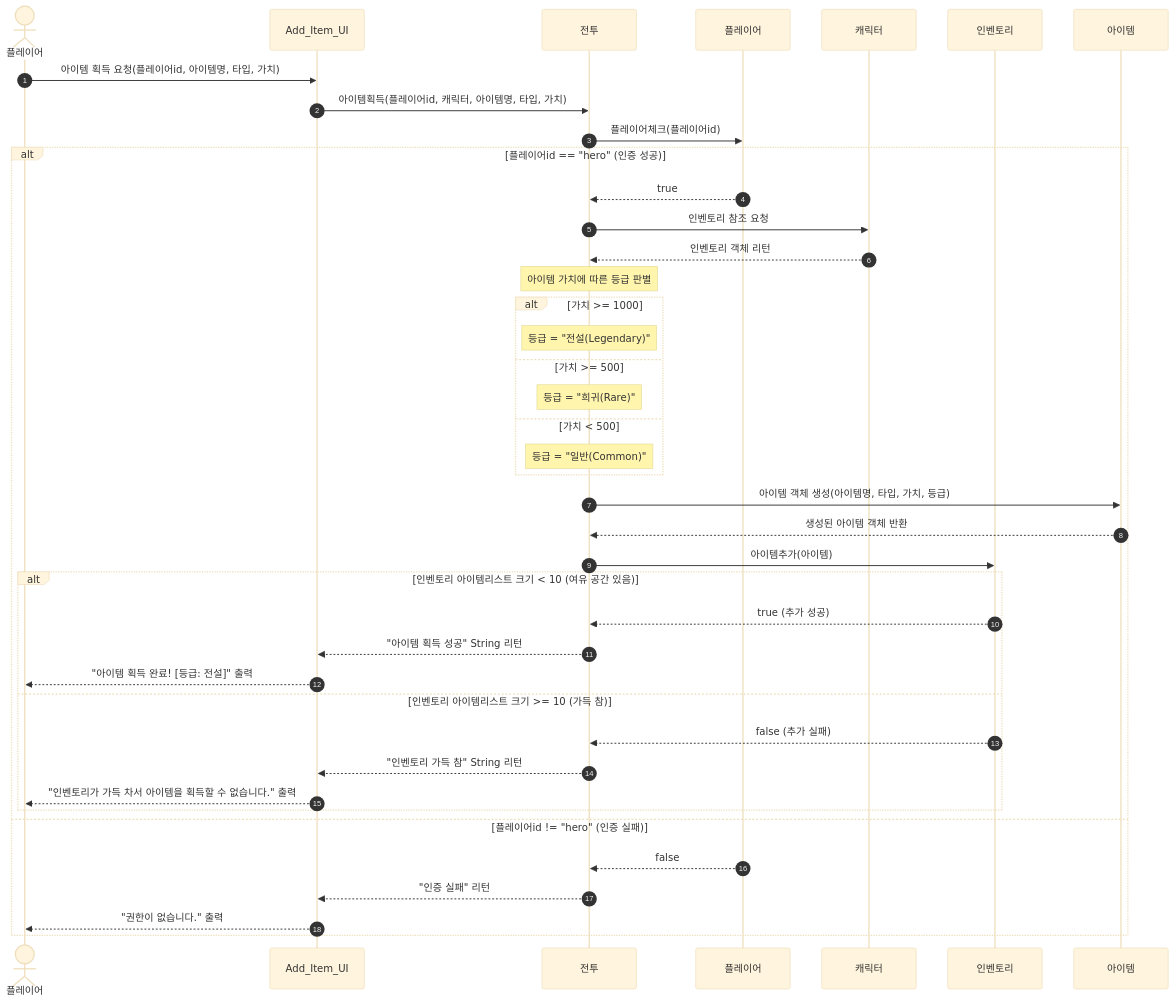
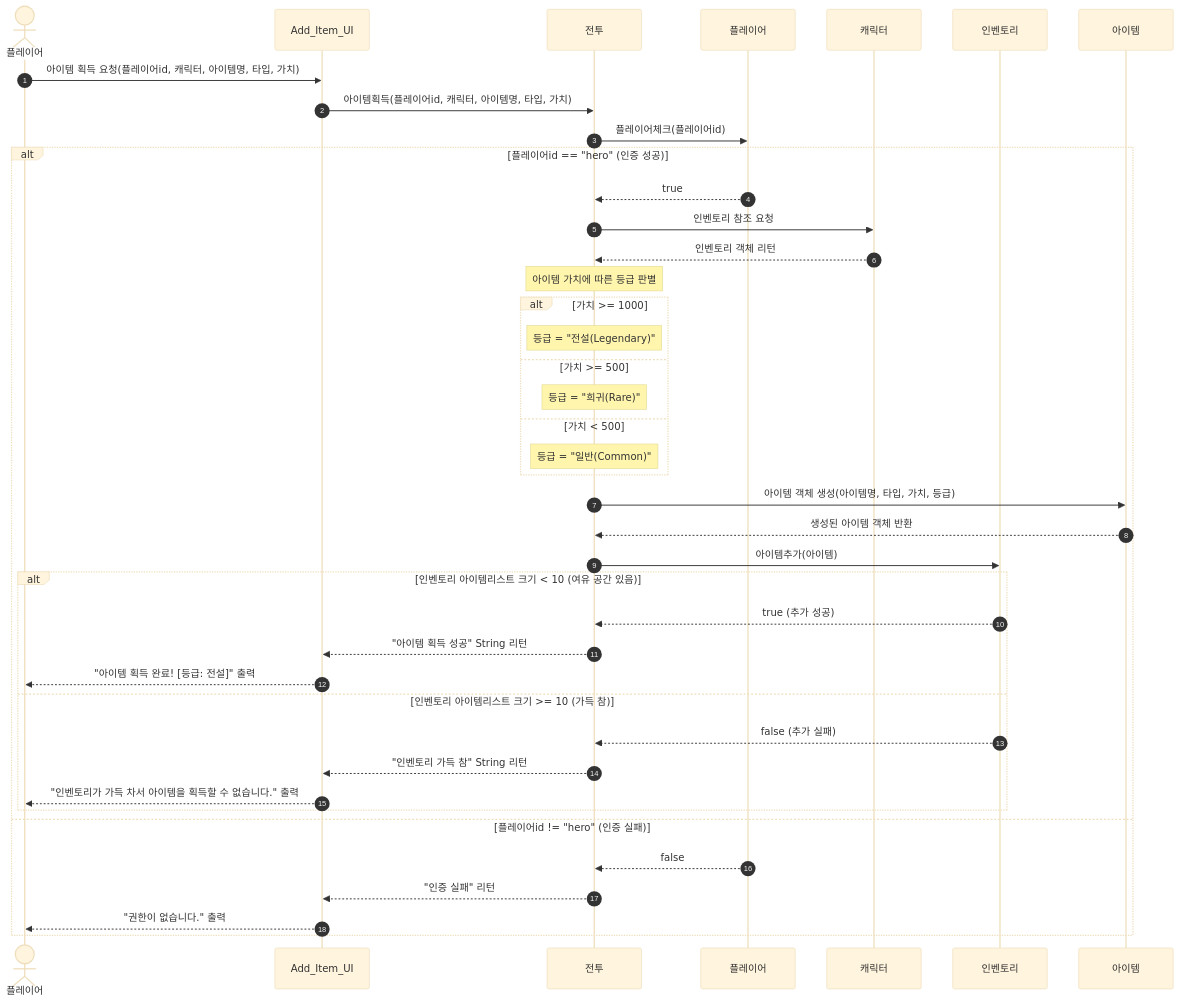
Before and after one commit to Hyuns2ung01/DnF_Battle2_B_05: the diagram in docs/아이템획득 Sequence Diagram.md, drawn with Mermaid (base theme). The commit also changed 3 other files, not shown here.

Commit message:
fix: 다이어그램 로직 통일

````diff
--- a/docs/아이템획득 Sequence Diagram.md
+++ b/docs/아이템획득 Sequence Diagram.md
@@ -1,50 +1,50 @@
 ```mermaid
 sequenceDiagram
     autonumber
     actor Player as 플레이어
     participant UI as Add_Item_UI
     participant Ctrl as 전투
     participant PClass as 플레이어
     participant Char as 캐릭터
     participant Inv as 인벤토리
     participant Item as 아이템
 
-    Player ->> UI: 아이템 획득 요청(플레이어id, 아이템명, 타입, 가치)
+    Player ->> UI: 아이템 획득 요청(플레이어id, 캐릭터, 아이템명, 타입, 가치)
     UI ->> Ctrl: 아이템획득(플레이어id, 캐릭터, 아이템명, 타입, 가치)
     Ctrl ->> PClass: 플레이어체크(플레이어id)
 
     alt 플레이어id == "hero" (인증 성공)
         PClass -->> Ctrl: true
         Ctrl ->> Char: 인벤토리 참조 요청
         Char -->> Ctrl: 인벤토리 객체 리턴
 
         Note over Ctrl: 아이템 가치에 따른 등급 판별
         alt 가치 >= 1000
             Note over Ctrl: 등급 = "전설(Legendary)"
         else 가치 >= 500
             Note over Ctrl: 등급 = "희귀(Rare)"
         else 가치 < 500
             Note over Ctrl: 등급 = "일반(Common)"
         end
 
         Ctrl ->> Item: 아이템 객체 생성(아이템명, 타입, 가치, 등급)
         Item -->> Ctrl: 생성된 아이템 객체 반환
 
         Ctrl ->> Inv: 아이템추가(아이템)
 
         alt 인벤토리 아이템리스트 크기 < 10 (여유 공간 있음)
             Inv -->> Ctrl: true (추가 성공)
             Ctrl -->> UI: "아이템 획득 성공" String 리턴
             UI -->> Player: "아이템 획득 완료! [등급: 전설]" 출력
         else 인벤토리 아이템리스트 크기 >= 10 (가득 참)
             Inv -->> Ctrl: false (추가 실패)
             Ctrl -->> UI: "인벤토리 가득 참" String 리턴
             UI -->> Player: "인벤토리가 가득 차서 아이템을 획득할 수 없습니다." 출력
         end
 
     else 플레이어id != "hero" (인증 실패)
         PClass -->> Ctrl: false
         Ctrl -->> UI: "인증 실패" 리턴
         UI -->> Player: "권한이 없습니다." 출력
     end
 ```
````
